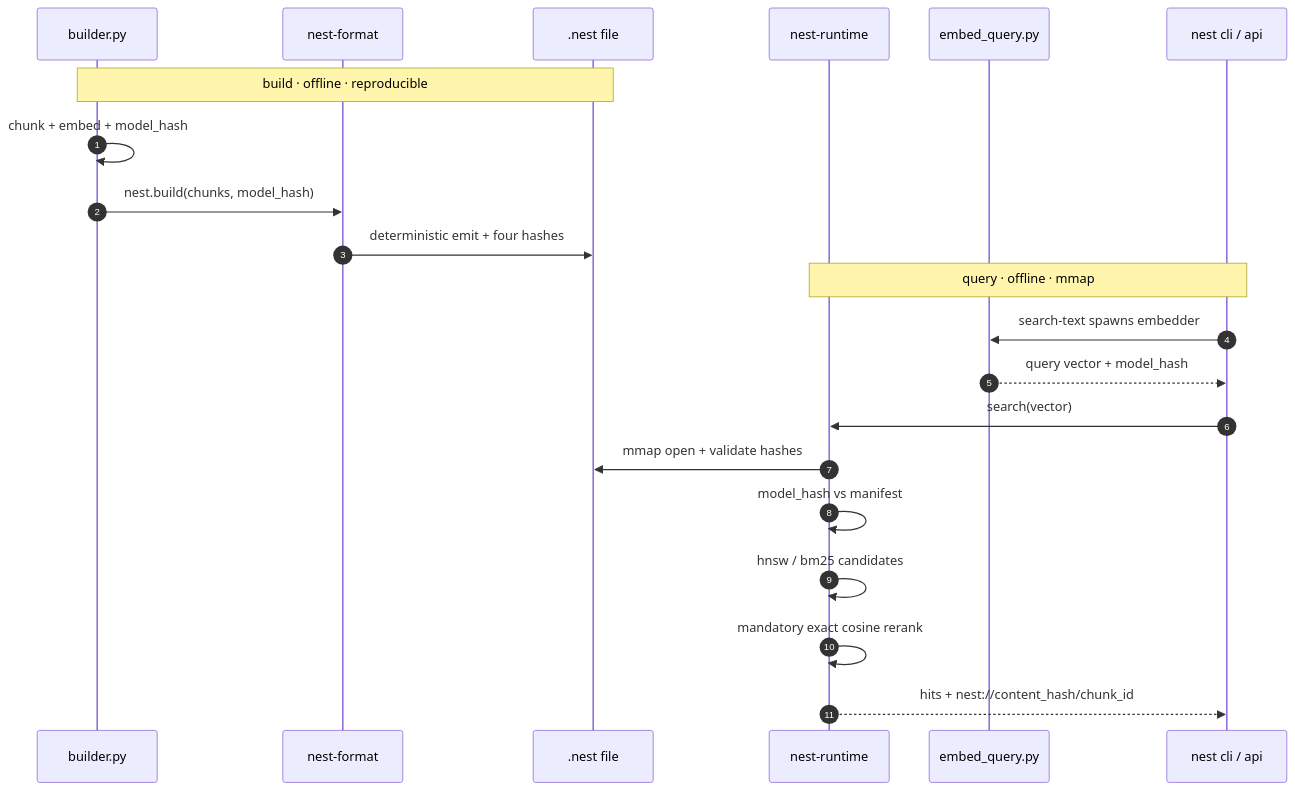
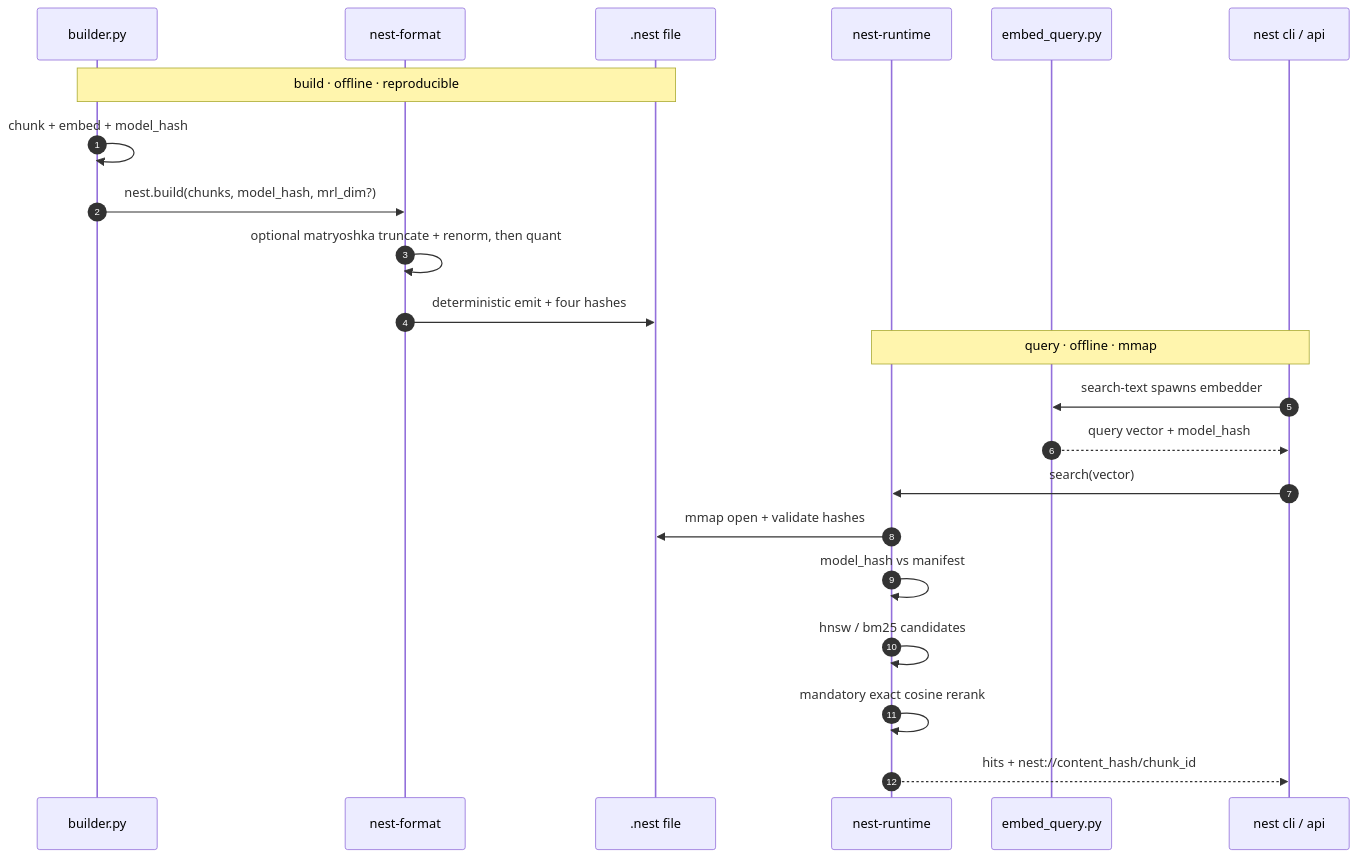
The diagram in doc/arc/arc.mmd (hoffresearch/nest), drawn with Mermaid before and after one commit. The commit also changed 25 other files, not shown here.

First line of the commit message:
EMB-matryoshka: build-time prefix truncation + micro/nano dim ladder

```diff
--- a/doc/arc/arc.mmd
+++ b/doc/arc/arc.mmd
@@ -1,36 +1,37 @@
 %% nest visual architecture reference
 %% companion to doc/arc/arc.md (human) and doc/arc/arc.yaml (machine).
 %%
 %% design note:
 %%   this is a sequenceDiagram, not a flowchart with subgraphs. structured
 %%   diagram types lay out deterministically and render cleanly on github;
 %%   subgraph flowcharts with cross-cluster edges do not. the file inventory
 %%   in arc.md and arc.yaml is the authoritative module breakdown.
 %%
 %%   it traces the two flows that define nest: build (python writes the file)
 %%   and query (rust serves from the file). the .nest file is the only
 %%   artifact that crosses the language boundary.
 
 sequenceDiagram
     autonumber
     participant B as builder.py
     participant F as nest-format
     participant N as .nest file
     participant R as nest-runtime
     participant E as embed_query.py
     participant Q as nest cli / api
 
     note over B,N: build · offline · reproducible
     B->>B: chunk + embed + model_hash
-    B->>F: nest.build(chunks, model_hash)
+    B->>F: nest.build(chunks, model_hash, mrl_dim?)
+    F->>F: optional matryoshka truncate + renorm, then quant
     F->>N: deterministic emit + four hashes
 
     note over R,Q: query · offline · mmap
     Q->>E: search-text spawns embedder
     E-->>Q: query vector + model_hash
     Q->>R: search(vector)
     R->>N: mmap open + validate hashes
     R->>R: model_hash vs manifest
     R->>R: hnsw / bm25 candidates
     R->>R: mandatory exact cosine rerank
     R-->>Q: hits + nest://content_hash/chunk_id
```
